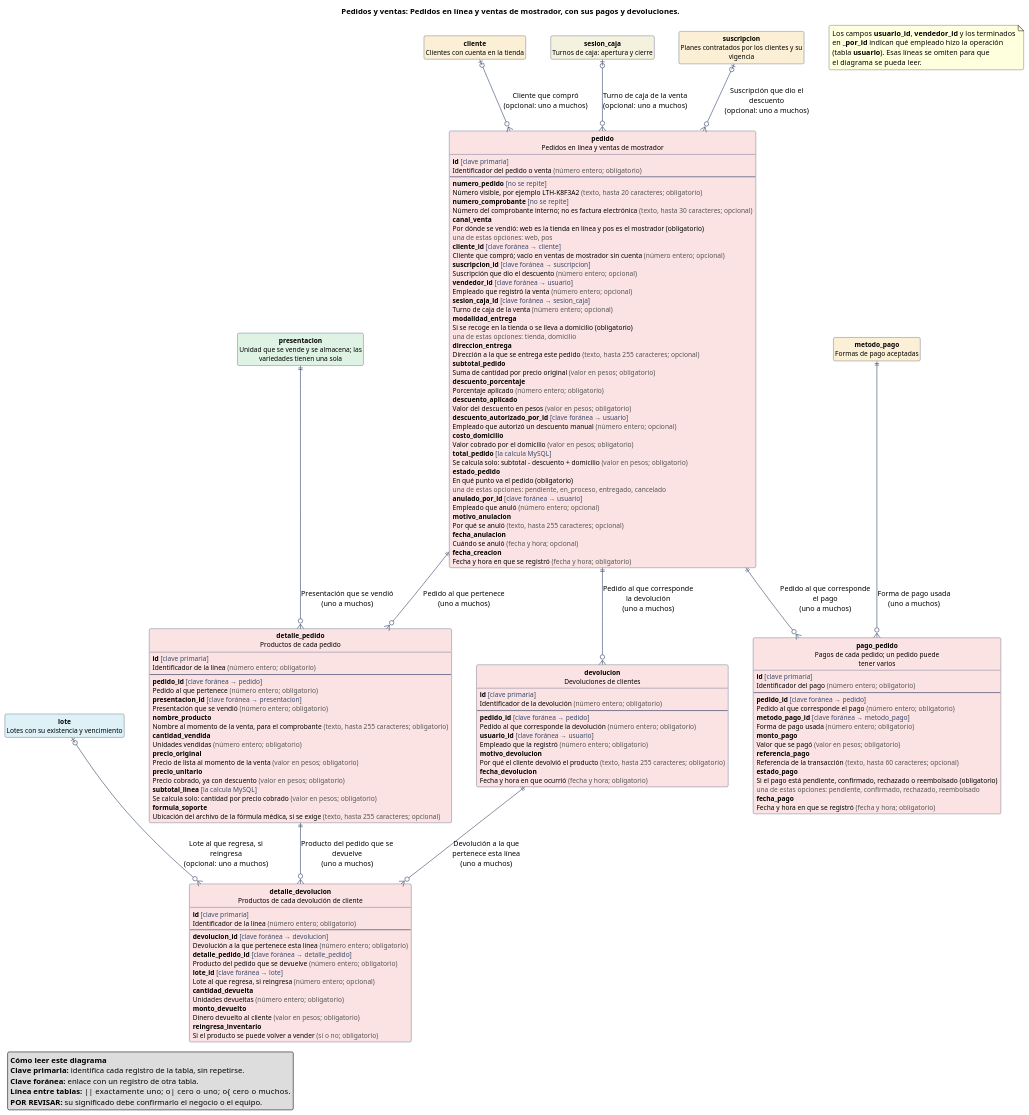
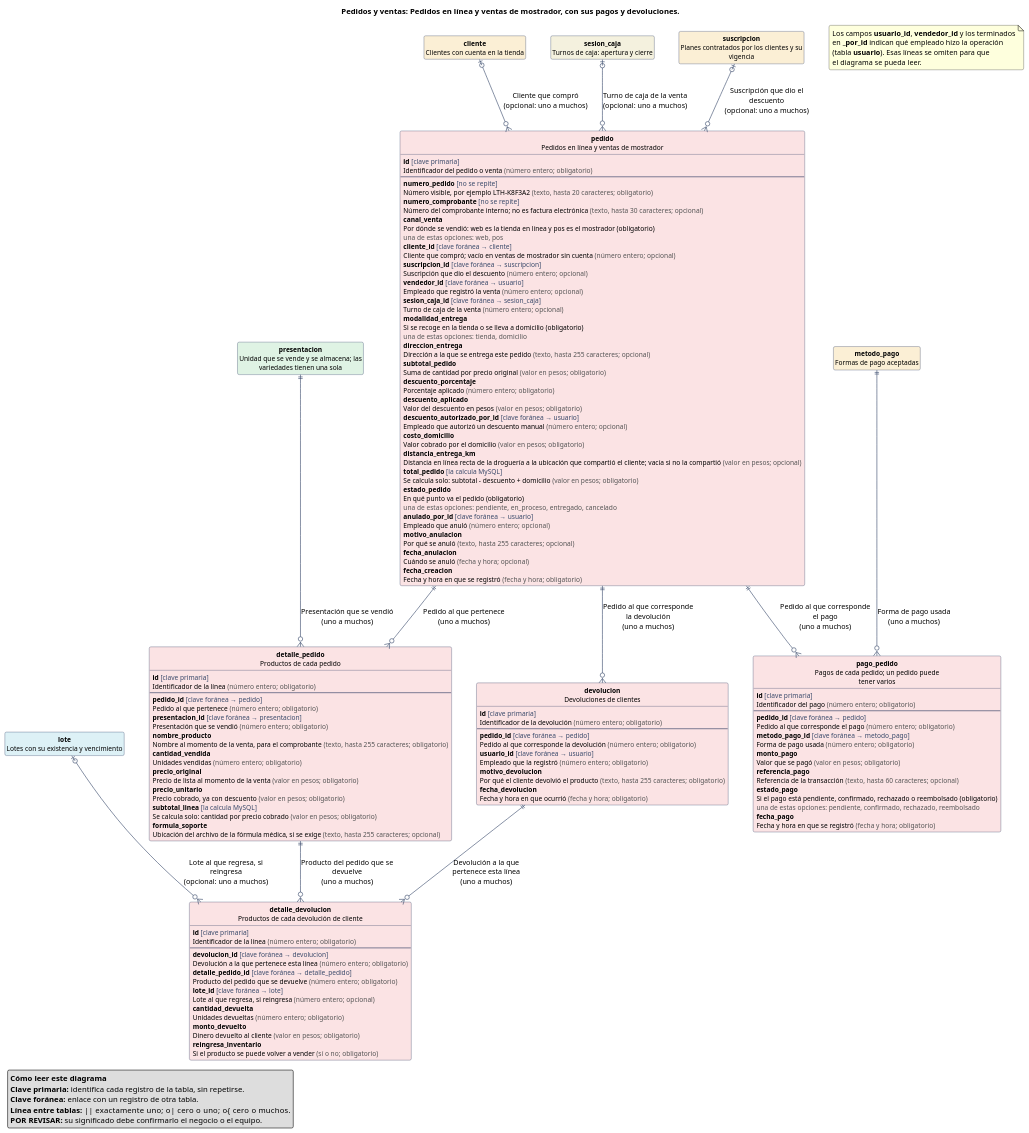
The diagram in docs/base-de-datos/diagramas/modulo-ventas.puml (jhean1/DrogueriaYvariedadesLosTresHermanos), drawn with PlantUML before and after one commit. The commit also changed 29 other files, not shown here.

```diff
--- a/docs/base-de-datos/diagramas/modulo-ventas.puml
+++ b/docs/base-de-datos/diagramas/modulo-ventas.puml
@@ -1,179 +1,181 @@
 @startuml modulo-ventas
 title Pedidos y ventas: Pedidos en línea y ventas de mostrador, con sus pagos y devoluciones.
 hide methods
 hide stereotype
 hide circle
 skinparam shadowing false
 skinparam roundCorner 6
 skinparam defaultFontName Arial
 skinparam dpi 110
 skinparam ArrowColor #3A4A6B
 skinparam ArrowThickness 1.1
 skinparam nodesep 45
 skinparam ranksep 55
 skinparam class {
   BackgroundColor White
   BorderColor #10224D
   FontSize 13
   AttributeFontSize 12
 }
 skinparam package {
   BorderColor #8A94A8
   FontSize 16
   FontStyle bold
   BackgroundColor transparent
 }
 entity "**pedido**\nPedidos en línea y ventas de mostrador" as pedido #FBE3E4 {
   {field} **id** <color:#3A4A6B>[clave primaria]</color>
   {field} Identificador del pedido o venta <color:#555555>(número entero; obligatorio)</color>
   --
   {field} **numero_pedido** <color:#3A4A6B>[no se repite]</color>
   {field} Número visible, por ejemplo LTH-K8F3A2 <color:#555555>(texto, hasta 20 caracteres; obligatorio)</color>
   {field} **numero_comprobante** <color:#3A4A6B>[no se repite]</color>
   {field} Número del comprobante interno; no es factura electrónica <color:#555555>(texto, hasta 30 caracteres; opcional)</color>
   {field} **canal_venta**
   {field} Por dónde se vendió: web es la tienda en línea y pos es el mostrador (obligatorio)
   {field} <color:#555555>una de estas opciones: web, pos</color>
   {field} **cliente_id** <color:#3A4A6B>[clave foránea → cliente]</color>
   {field} Cliente que compró; vacío en ventas de mostrador sin cuenta <color:#555555>(número entero; opcional)</color>
   {field} **suscripcion_id** <color:#3A4A6B>[clave foránea → suscripcion]</color>
   {field} Suscripción que dio el descuento <color:#555555>(número entero; opcional)</color>
   {field} **vendedor_id** <color:#3A4A6B>[clave foránea → usuario]</color>
   {field} Empleado que registró la venta <color:#555555>(número entero; opcional)</color>
   {field} **sesion_caja_id** <color:#3A4A6B>[clave foránea → sesion_caja]</color>
   {field} Turno de caja de la venta <color:#555555>(número entero; opcional)</color>
   {field} **modalidad_entrega**
   {field} Si se recoge en la tienda o se lleva a domicilio (obligatorio)
   {field} <color:#555555>una de estas opciones: tienda, domicilio</color>
   {field} **direccion_entrega**
   {field} Dirección a la que se entrega este pedido <color:#555555>(texto, hasta 255 caracteres; opcional)</color>
   {field} **subtotal_pedido**
   {field} Suma de cantidad por precio original <color:#555555>(valor en pesos; obligatorio)</color>
   {field} **descuento_porcentaje**
   {field} Porcentaje aplicado <color:#555555>(número entero; obligatorio)</color>
   {field} **descuento_aplicado**
   {field} Valor del descuento en pesos <color:#555555>(valor en pesos; obligatorio)</color>
   {field} **descuento_autorizado_por_id** <color:#3A4A6B>[clave foránea → usuario]</color>
   {field} Empleado que autorizó un descuento manual <color:#555555>(número entero; opcional)</color>
   {field} **costo_domicilio**
   {field} Valor cobrado por el domicilio <color:#555555>(valor en pesos; obligatorio)</color>
+  {field} **distancia_entrega_km**
+  {field} Distancia en línea recta de la droguería a la ubicación que compartió el cliente; vacía si no la compartió <color:#555555>(valor en pesos; opcional)</color>
   {field} **total_pedido** <color:#3A4A6B>[la calcula MySQL]</color>
   {field} Se calcula solo: subtotal - descuento + domicilio <color:#555555>(valor en pesos; obligatorio)</color>
   {field} **estado_pedido**
   {field} En qué punto va el pedido (obligatorio)
   {field} <color:#555555>una de estas opciones: pendiente, en_proceso, entregado, cancelado</color>
   {field} **anulado_por_id** <color:#3A4A6B>[clave foránea → usuario]</color>
   {field} Empleado que anuló <color:#555555>(número entero; opcional)</color>
   {field} **motivo_anulacion**
   {field} Por qué se anuló <color:#555555>(texto, hasta 255 caracteres; opcional)</color>
   {field} **fecha_anulacion**
   {field} Cuándo se anuló <color:#555555>(fecha y hora; opcional)</color>
   {field} **fecha_creacion**
   {field} Fecha y hora en que se registró <color:#555555>(fecha y hora; obligatorio)</color>
 }
 entity "**detalle_pedido**\nProductos de cada pedido" as detalle_pedido #FBE3E4 {
   {field} **id** <color:#3A4A6B>[clave primaria]</color>
   {field} Identificador de la línea <color:#555555>(número entero; obligatorio)</color>
   --
   {field} **pedido_id** <color:#3A4A6B>[clave foránea → pedido]</color>
   {field} Pedido al que pertenece <color:#555555>(número entero; obligatorio)</color>
   {field} **presentacion_id** <color:#3A4A6B>[clave foránea → presentacion]</color>
   {field} Presentación que se vendió <color:#555555>(número entero; obligatorio)</color>
   {field} **nombre_producto**
   {field} Nombre al momento de la venta, para el comprobante <color:#555555>(texto, hasta 255 caracteres; obligatorio)</color>
   {field} **cantidad_vendida**
   {field} Unidades vendidas <color:#555555>(número entero; obligatorio)</color>
   {field} **precio_original**
   {field} Precio de lista al momento de la venta <color:#555555>(valor en pesos; obligatorio)</color>
   {field} **precio_unitario**
   {field} Precio cobrado, ya con descuento <color:#555555>(valor en pesos; obligatorio)</color>
   {field} **subtotal_linea** <color:#3A4A6B>[la calcula MySQL]</color>
   {field} Se calcula solo: cantidad por precio cobrado <color:#555555>(valor en pesos; obligatorio)</color>
   {field} **formula_soporte**
   {field} Ubicación del archivo de la fórmula médica, si se exige <color:#555555>(texto, hasta 255 caracteres; opcional)</color>
 }
 entity "**pago_pedido**\nPagos de cada pedido; un pedido puede\ntener varios" as pago_pedido #FBE3E4 {
   {field} **id** <color:#3A4A6B>[clave primaria]</color>
   {field} Identificador del pago <color:#555555>(número entero; obligatorio)</color>
   --
   {field} **pedido_id** <color:#3A4A6B>[clave foránea → pedido]</color>
   {field} Pedido al que corresponde el pago <color:#555555>(número entero; obligatorio)</color>
   {field} **metodo_pago_id** <color:#3A4A6B>[clave foránea → metodo_pago]</color>
   {field} Forma de pago usada <color:#555555>(número entero; obligatorio)</color>
   {field} **monto_pago**
   {field} Valor que se pagó <color:#555555>(valor en pesos; obligatorio)</color>
   {field} **referencia_pago**
   {field} Referencia de la transacción <color:#555555>(texto, hasta 60 caracteres; opcional)</color>
   {field} **estado_pago**
   {field} Si el pago está pendiente, confirmado, rechazado o reembolsado (obligatorio)
   {field} <color:#555555>una de estas opciones: pendiente, confirmado, rechazado, reembolsado</color>
   {field} **fecha_pago**
   {field} Fecha y hora en que se registró <color:#555555>(fecha y hora; obligatorio)</color>
 }
 entity "**devolucion**\nDevoluciones de clientes" as devolucion #FBE3E4 {
   {field} **id** <color:#3A4A6B>[clave primaria]</color>
   {field} Identificador de la devolución <color:#555555>(número entero; obligatorio)</color>
   --
   {field} **pedido_id** <color:#3A4A6B>[clave foránea → pedido]</color>
   {field} Pedido al que corresponde la devolución <color:#555555>(número entero; obligatorio)</color>
   {field} **usuario_id** <color:#3A4A6B>[clave foránea → usuario]</color>
   {field} Empleado que la registró <color:#555555>(número entero; obligatorio)</color>
   {field} **motivo_devolucion**
   {field} Por qué el cliente devolvió el producto <color:#555555>(texto, hasta 255 caracteres; obligatorio)</color>
   {field} **fecha_devolucion**
   {field} Fecha y hora en que ocurrió <color:#555555>(fecha y hora; obligatorio)</color>
 }
 entity "**detalle_devolucion**\nProductos de cada devolución de cliente" as detalle_devolucion #FBE3E4 {
   {field} **id** <color:#3A4A6B>[clave primaria]</color>
   {field} Identificador de la línea <color:#555555>(número entero; obligatorio)</color>
   --
   {field} **devolucion_id** <color:#3A4A6B>[clave foránea → devolucion]</color>
   {field} Devolución a la que pertenece esta línea <color:#555555>(número entero; obligatorio)</color>
   {field} **detalle_pedido_id** <color:#3A4A6B>[clave foránea → detalle_pedido]</color>
   {field} Producto del pedido que se devuelve <color:#555555>(número entero; obligatorio)</color>
   {field} **lote_id** <color:#3A4A6B>[clave foránea → lote]</color>
   {field} Lote al que regresa, si reingresa <color:#555555>(número entero; opcional)</color>
   {field} **cantidad_devuelta**
   {field} Unidades devueltas <color:#555555>(número entero; obligatorio)</color>
   {field} **monto_devuelto**
   {field} Dinero devuelto al cliente <color:#555555>(valor en pesos; obligatorio)</color>
   {field} **reingresa_inventario**
   {field} Si el producto se puede volver a vender <color:#555555>(sí o no; obligatorio)</color>
 }
 entity "**cliente**\nClientes con cuenta en la tienda" as cliente #FBEFD5
 hide cliente members
 entity "**lote**\nLotes con su existencia y vencimiento" as lote #DDF1F6
 hide lote members
 entity "**metodo_pago**\nFormas de pago aceptadas" as metodo_pago #FBEFD5
 hide metodo_pago members
 entity "**presentacion**\nUnidad que se vende y se almacena; las\nvariedades tienen una sola" as presentacion #DFF3E4
 hide presentacion members
 entity "**sesion_caja**\nTurnos de caja: apertura y cierre" as sesion_caja #F4F1DE
 hide sesion_caja members
 entity "**suscripcion**\nPlanes contratados por los clientes y su\nvigencia" as suscripcion #FBEFD5
 hide suscripcion members
 cliente |o--o{ pedido : "Cliente que compró\n(opcional: uno a muchos)"
 sesion_caja |o--o{ pedido : "Turno de caja de la venta\n(opcional: uno a muchos)"
 suscripcion |o--o{ pedido : "Suscripción que dio el\ndescuento\n(opcional: uno a muchos)"
 pedido ||--o{ detalle_pedido : "Pedido al que pertenece\n(uno a muchos)"
 presentacion ||--o{ detalle_pedido : "Presentación que se vendió\n(uno a muchos)"
 metodo_pago ||--o{ pago_pedido : "Forma de pago usada\n(uno a muchos)"
 pedido ||--o{ pago_pedido : "Pedido al que corresponde\nel pago\n(uno a muchos)"
 pedido ||--o{ devolucion : "Pedido al que corresponde\nla devolución\n(uno a muchos)"
 detalle_pedido ||--o{ detalle_devolucion : "Producto del pedido que se\ndevuelve\n(uno a muchos)"
 devolucion ||--o{ detalle_devolucion : "Devolución a la que\npertenece esta línea\n(uno a muchos)"
 lote |o--o{ detalle_devolucion : "Lote al que regresa, si\nreingresa\n(opcional: uno a muchos)"
 note as N
 Los campos **usuario_id**, **vendedor_id** y los terminados
 en **_por_id** indican qué empleado hizo la operación
 (tabla **usuario**). Esas líneas se omiten para que
 el diagrama se pueda leer.
 end note
 legend left
   **Cómo leer este diagrama**
   **Clave primaria:** identifica cada registro de la tabla, sin repetirse.
   **Clave foránea:** enlace con un registro de otra tabla.
   **Línea entre tablas:** ||  exactamente uno;  o|  cero o uno;  o{  cero o muchos.
   **POR REVISAR:** su significado debe confirmarlo el negocio o el equipo.
 endlegend
 @enduml
```
